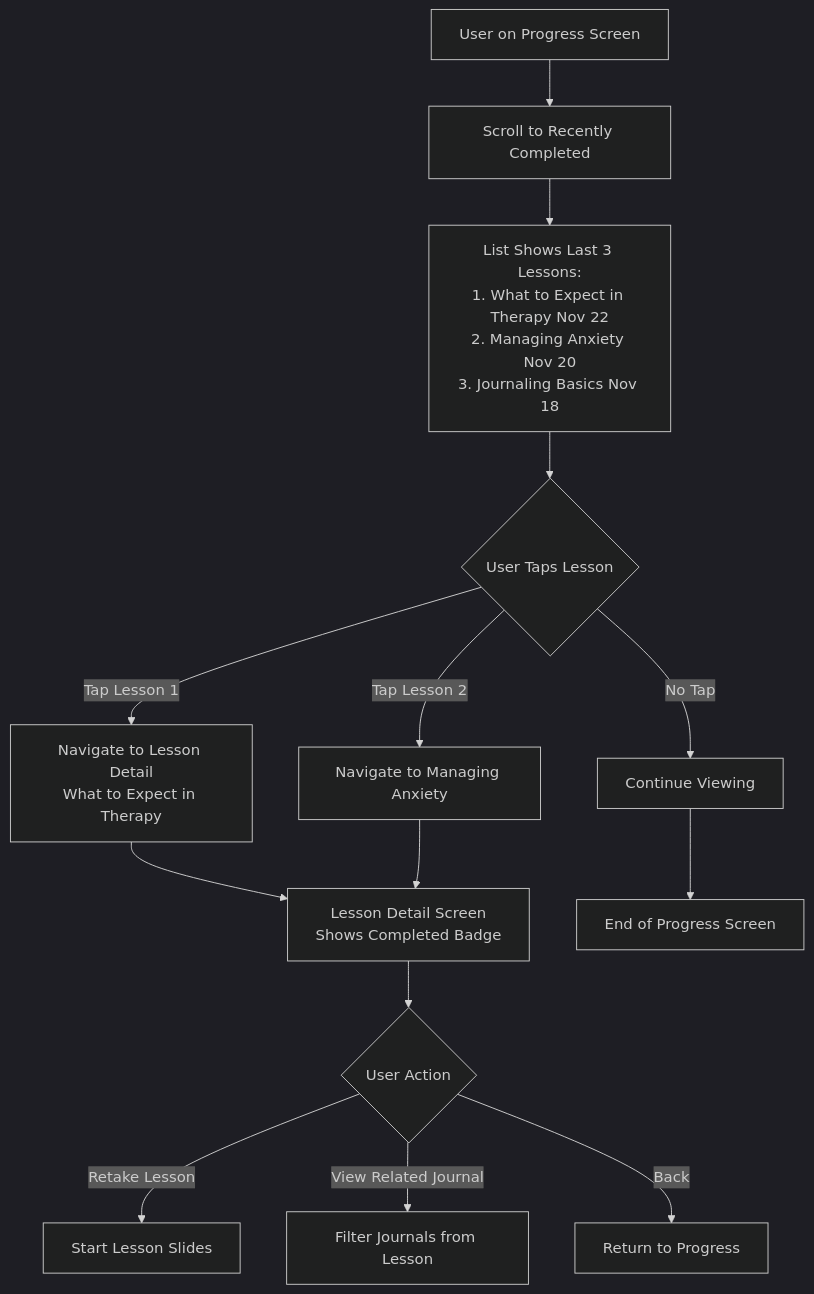
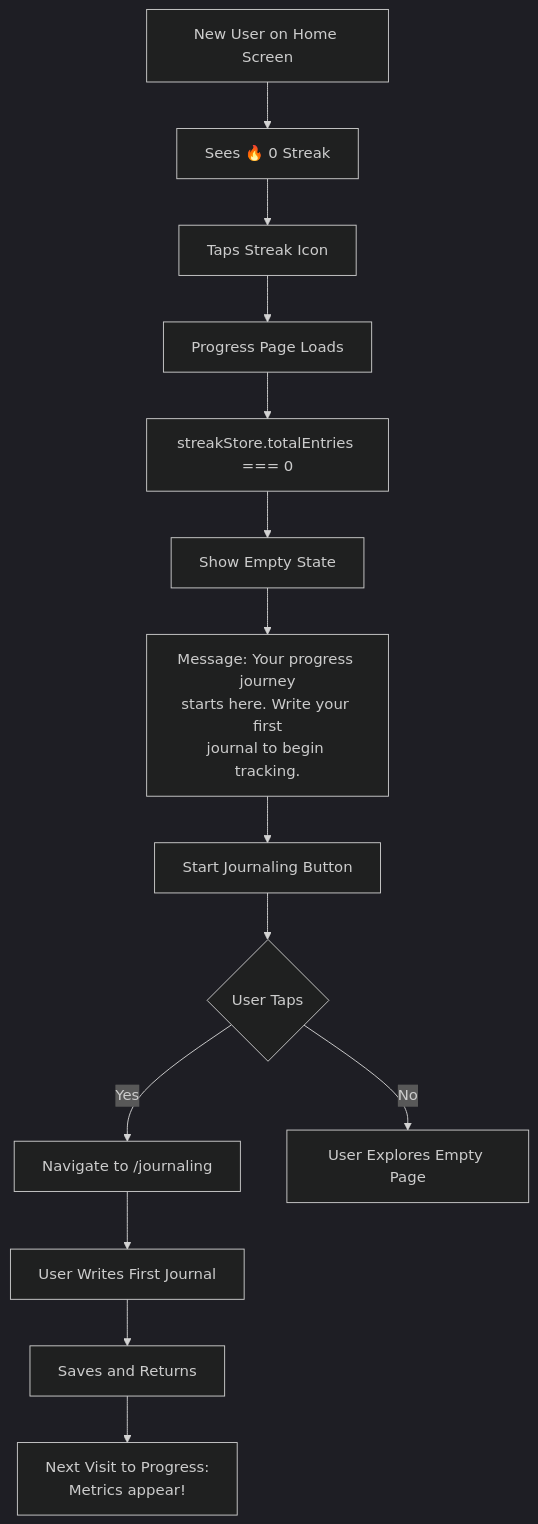
The sixth of 6 diagrams in feature-design/07. Progress/01-PROGRESS-FLOWS.md (Nhatdien/tranquara_frontend), drawn with Mermaid (dark theme) before and after one commit. The commit also changed other lines of this file and 9 other files, not shown here.

````diff
--- a/feature-design/07. Progress/01-PROGRESS-FLOWS.md
+++ b/feature-design/07. Progress/01-PROGRESS-FLOWS.md
@@ -305,19 +144,20 @@
 ```mermaid
 flowchart TD
-    A[User on Progress Screen] --> B[Scroll to Recently Completed]
-    B --> C[List Shows Last 3 Lessons:<br/>1. What to Expect in Therapy Nov 22<br/>2. Managing Anxiety Nov 20<br/>3. Journaling Basics Nov 18]
+    A[New User on Home Screen] --> B[Sees 🔥 0 Streak]
+    B --> C[Taps Streak Icon]
+    C --> D[Progress Page Loads]
     
-    C --> D{User Taps Lesson}
-    D -->|Tap Lesson 1| E[Navigate to Lesson Detail<br/>What to Expect in Therapy]
-    D -->|Tap Lesson 2| F[Navigate to Managing Anxiety]
-    D -->|No Tap| G[Continue Viewing]
+    D --> E[streakStore.totalEntries === 0]
+    E --> F[Show Empty State]
     
-    E --> H[Lesson Detail Screen<br/>Shows Completed Badge]
-    H --> I{User Action}
-    I -->|Retake Lesson| J[Start Lesson Slides]
-    I -->|View Related Journal| K[Filter Journals from Lesson]
-    I -->|Back| L[Return to Progress]
+    F --> G[Message: Your progress journey<br/>starts here. Write your first<br/>journal to begin tracking.]
     
-    F --> H
-    G --> M[End of Progress Screen]
+    G --> H[Start Journaling Button]
+    H --> I{User Taps}
+    I -->|Yes| J[Navigate to /journaling]
+    I -->|No| K[User Explores Empty Page]
+    
+    J --> L[User Writes First Journal]
+    L --> M[Saves and Returns]
+    M --> N[Next Visit to Progress:<br/>Metrics appear!]
 ```
````
